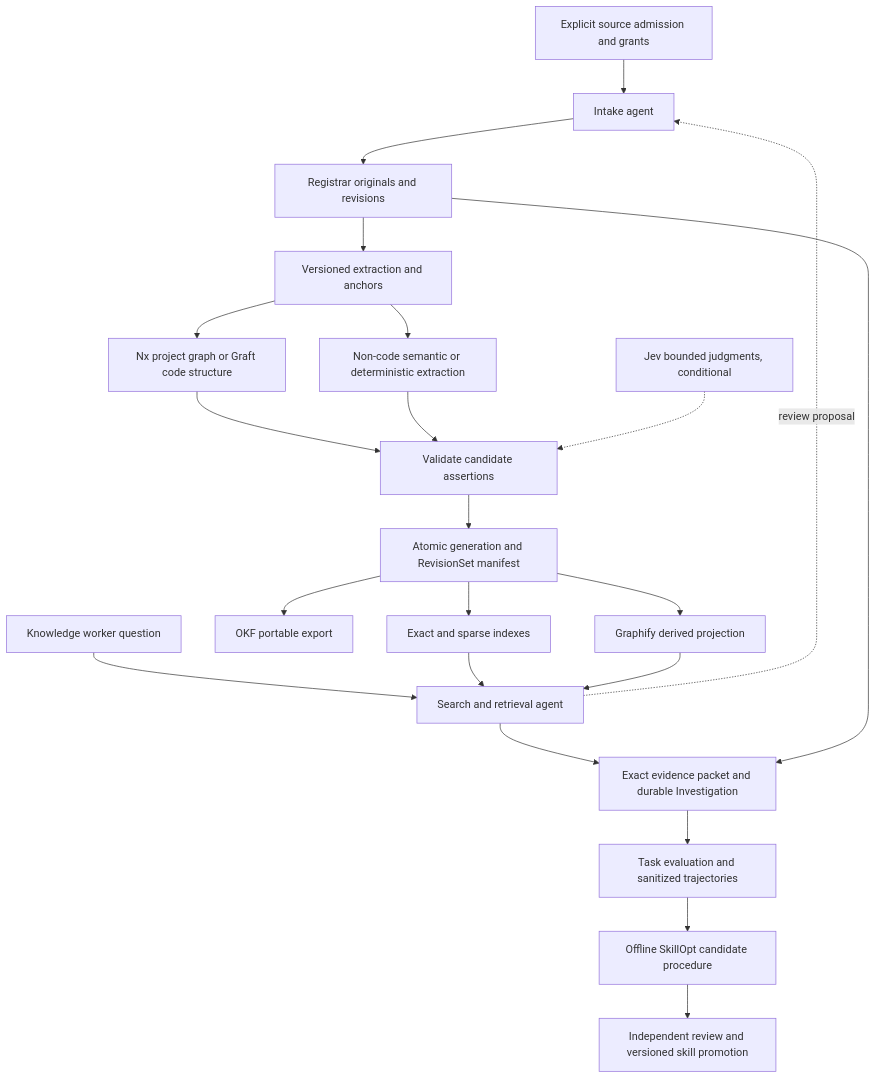
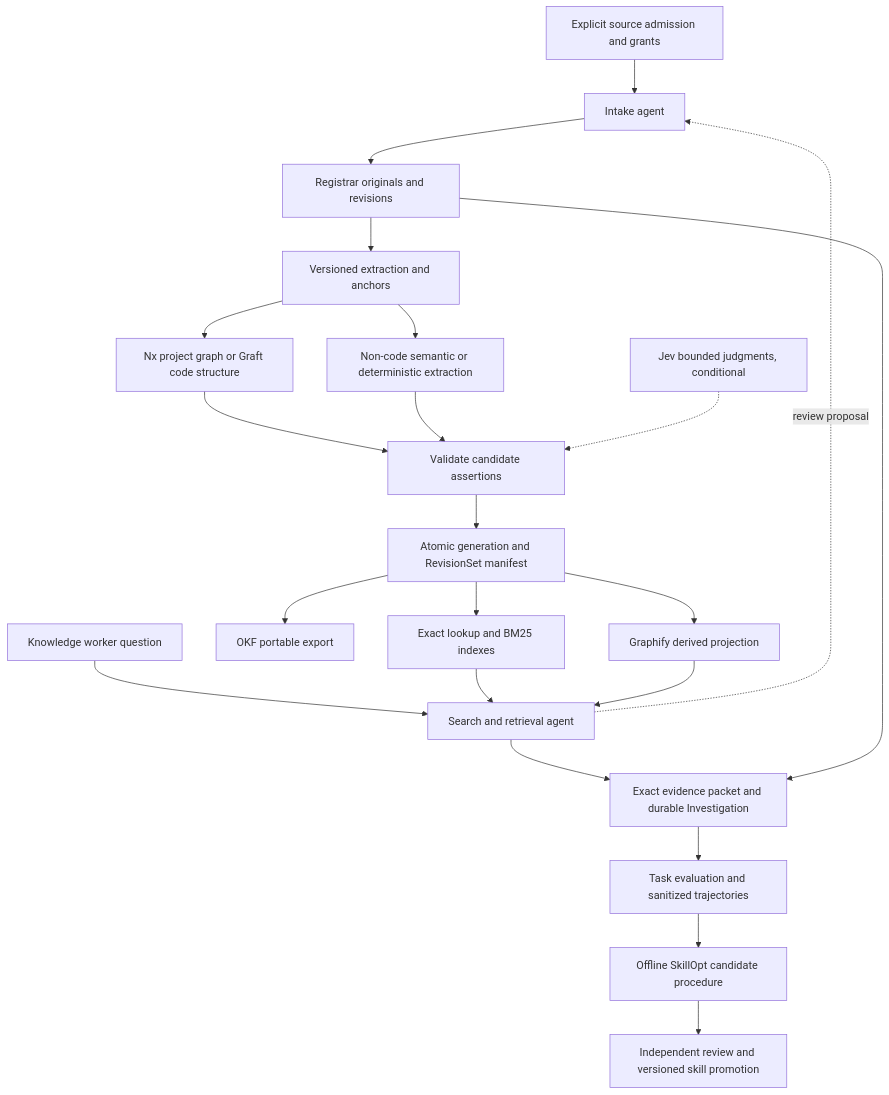
Before and after one commit to randydinh/temari: the diagram in docs/knowledge-system-design.md, drawn with Mermaid. The commit also changed other lines of this file and 5 other files, not shown here.

````diff
--- a/docs/knowledge-system-design.md
+++ b/docs/knowledge-system-design.md
@@ -119,24 +122,24 @@
 ```mermaid
 flowchart TD
   S[Explicit source admission and grants] --> I[Intake agent]
   I --> R[Registrar originals and revisions]
   R --> X[Versioned extraction and anchors]
   X --> N[Nx project graph or Graft code structure]
   X --> D[Non-code semantic or deterministic extraction]
   N --> V[Validate candidate assertions]
   D --> V
   J[Jev bounded judgments, conditional] -.-> V
   V --> P[Atomic generation and RevisionSet manifest]
   P --> G[Graphify derived projection]
   P --> O[OKF portable export]
-  P --> L[Exact and sparse indexes]
+  P --> L[Exact lookup and BM25 indexes]
   Q[Knowledge worker question] --> A[Search and retrieval agent]
   L --> A
   G --> A
   A --> E[Exact evidence packet and durable Investigation]
   R --> E
   A -.review proposal.-> I
   E --> T[Task evaluation and sanitized trajectories]
   T --> K[Offline SkillOpt candidate procedure]
   K --> H[Independent review and versioned skill promotion]
 ```
````
